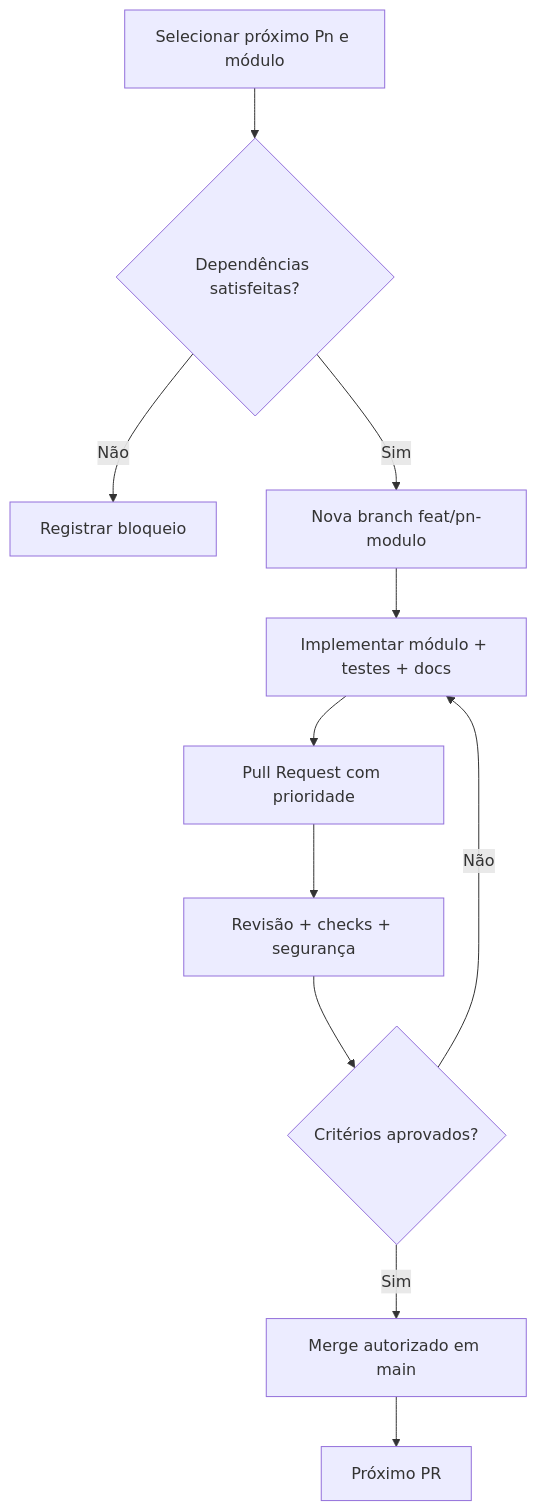
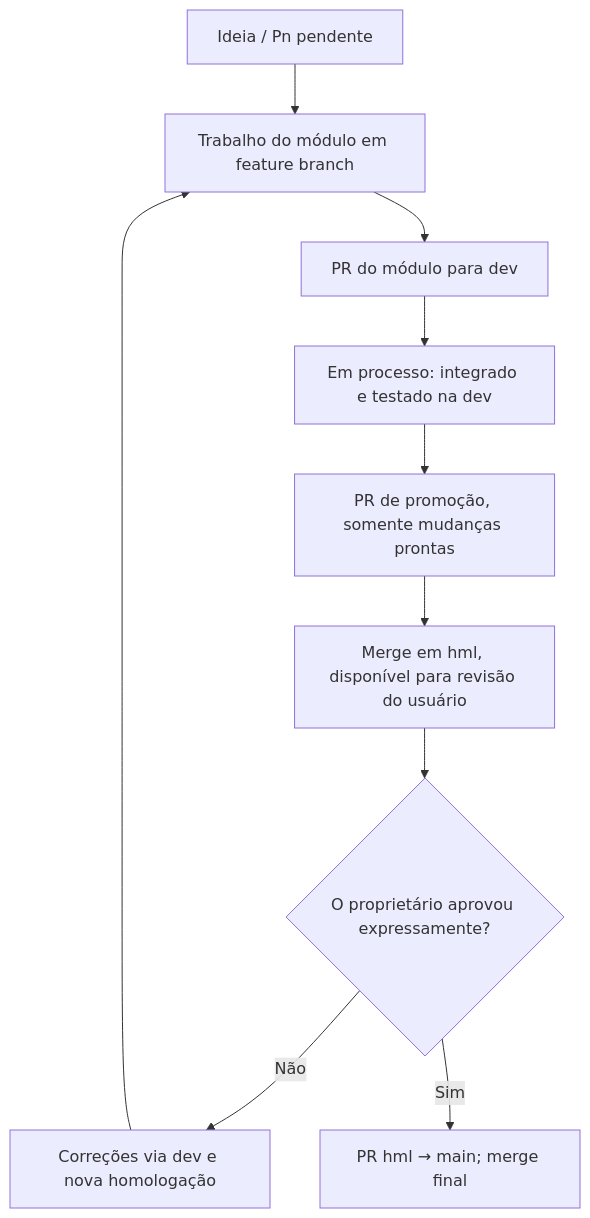
The diagram in org/06-desenvolvimento/05-fluxo-de-prs-e-prioridades.md (llongaray/MultAgent), drawn with Mermaid before and after one commit. The commit also changed other lines of this file and 3 other files, not shown here.

Commit message:
docs(P0/workflow): estabelece dev hml main com homologacao e aceite

````diff
--- a/org/06-desenvolvimento/05-fluxo-de-prs-e-prioridades.md
+++ b/org/06-desenvolvimento/05-fluxo-de-prs-e-prioridades.md
@@ -30,13 +39,12 @@
 ```mermaid
 flowchart TD
-  A["Selecionar próximo Pn e módulo"] --> B{"Dependências satisfeitas?"}
-  B -- "Não" --> WAIT["Registrar bloqueio"]
-  B -- "Sim" --> BR["Nova branch feat/pn-modulo"]
-  BR --> CODE["Implementar módulo + testes + docs"]
-  CODE --> PR["Pull Request com prioridade"]
-  PR --> CHECK["Revisão + checks + segurança"]
-  CHECK --> OK{"Critérios aprovados?"}
-  OK -- "Não" --> CODE
-  OK -- "Sim" --> MERGE["Merge autorizado em main"]
-  MERGE --> NEXT["Próximo PR"]
+  A["Ideia / Pn pendente"] --> B["Trabalho do módulo em feature branch"]
+  B --> C["PR do módulo para dev"]
+  C --> D["Em processo: integrado e testado na dev"]
+  D --> E["PR de promoção, somente mudanças prontas"]
+  E --> F["Merge em hml, disponível para revisão do usuário"]
+  F --> G{"O proprietário aprovou expressamente?"}
+  G -- "Não" --> AJ["Correções via dev e nova homologação"]
+  AJ --> B
+  G -- "Sim" --> H["PR hml → main; merge final"]
 ```
````
